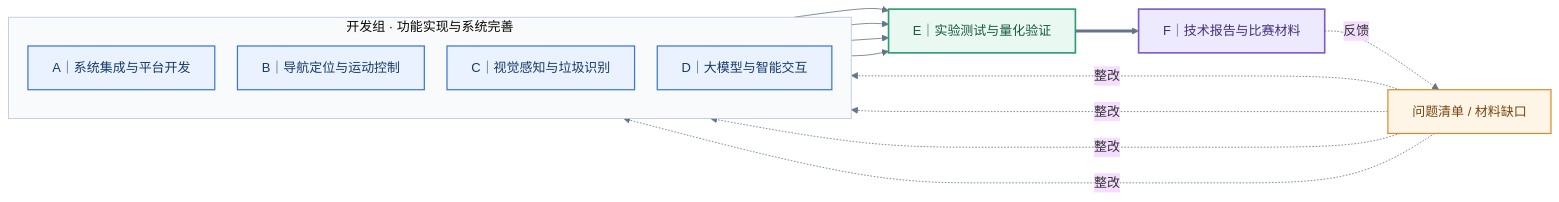
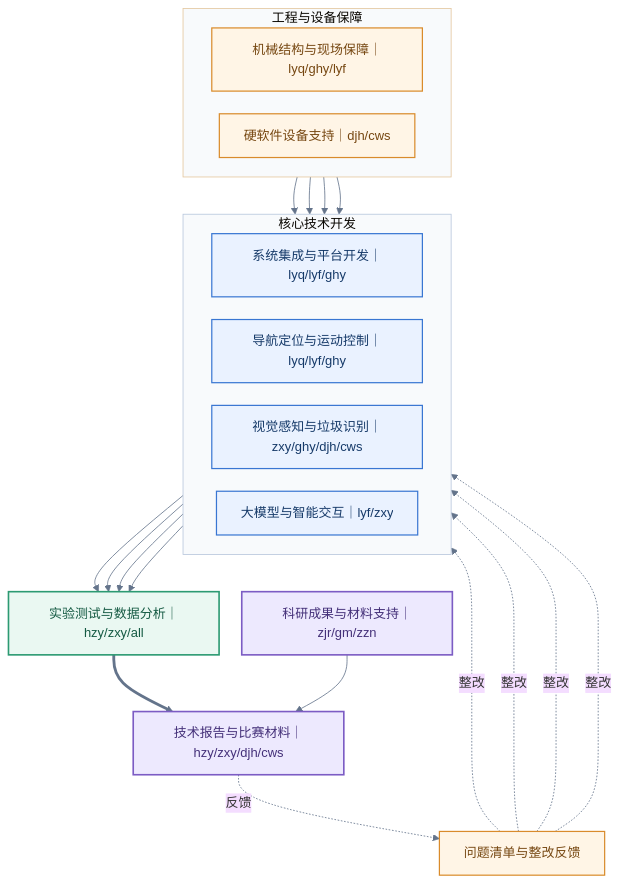
The seventh of 9 diagrams in 无人清扫车“揭榜挂帅”项目交接及后续工作安排.md (Doribelove/autolabor-robot-nav), drawn with Mermaid before and after one commit. The commit also changed other lines of this file, not shown here.

````diff
--- a/无人清扫车“揭榜挂帅”项目交接及后续工作安排.md
+++ b/无人清扫车“揭榜挂帅”项目交接及后续工作安排.md
@@ -504,36 +503,51 @@
 ```mermaid
 %%{init: {"theme":"base","themeVariables":{"fontFamily":"Microsoft YaHei, PingFang SC, sans-serif","lineColor":"#64748B"},"flowchart":{"curve":"basis","nodeSpacing":28,"rankSpacing":46}}}%%
-flowchart LR
-    subgraph DEV[开发组 · 功能实现与系统完善]
-        direction TB
-        A["A｜系统集成与平台开发"]
-        B["B｜导航定位与运动控制"]
-        C["C｜视觉感知与垃圾识别"]
-        D["D｜大模型与智能交互"]
+flowchart TB
+    subgraph DEV[核心技术开发]
+        direction LR
+        A["系统集成与平台开发｜lyq/lyf/ghy"]
+        B["导航定位与运动控制｜lyq/lyf/ghy"]
+        C["视觉感知与垃圾识别｜zxy/ghy/djh/cws"]
+        D["大模型与智能交互｜lyf/zxy"]
     end
 
-    E["E｜实验测试与量化验证"]
-    F["F｜技术报告与比赛材料"]
-    R["问题清单 / 材料缺口"]
+    subgraph SUPPORT[工程与设备保障]
+        direction LR
+        G["机械结构与现场保障｜lyq/ghy/lyf"]
+        H["硬软件设备支持｜djh/cws"]
+    end
 
+    E["实验测试与数据分析｜hzy/zxy/all"]
+    F["技术报告与比赛材料｜hzy/zxy/djh/cws"]
+    I["科研成果与材料支持｜zjr/gm/zzn"]
+    R["问题清单与整改反馈"]
+
+    G --> A
+    G --> B
+    H --> A
+    H --> C
     A --> E
     B --> E
     C --> E
     D --> E
     E ==> F
+    I --> F
     F -. 反馈 .-> R
     R -. 整改 .-> A
     R -. 整改 .-> B
     R -. 整改 .-> C
     R -. 整改 .-> D
 
     classDef dev fill:#EAF2FF,stroke:#3976D2,stroke-width:1.5px,color:#163A69;
     classDef test fill:#EAF8F2,stroke:#2C9A72,stroke-width:2px,color:#155A43;
     classDef report fill:#EDE9FE,stroke:#7C5CC4,stroke-width:2px,color:#443079;
+    classDef support fill:#FFF5E6,stroke:#D98B2B,stroke-width:1.5px,color:#764711;
     classDef feedback fill:#FFF5E6,stroke:#D98B2B,stroke-width:1.5px,color:#764711;
     class A,B,C,D dev;
     class E test;
-    class F report;
+    class F,I report;
+    class G,H support;
     class R feedback;
     style DEV fill:#F8FAFC,stroke:#B8C7DC,stroke-width:1px
+    style SUPPORT fill:#F8FAFC,stroke:#E3C79E,stroke-width:1px
 ```
````
